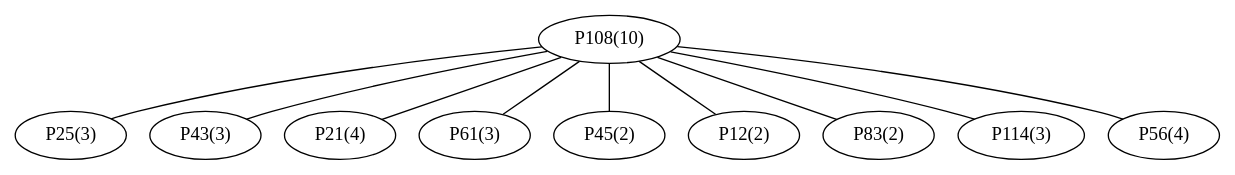
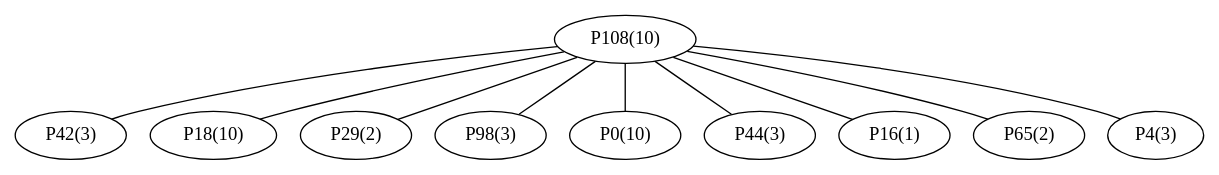
The diagram in files/P108/graph_P108.dot (afkpost/P2PN_2014), drawn with Graphviz before and after one commit. The commit also changed 110 other files, not shown here.

```diff
--- a/files/P108/graph_P108.dot
+++ b/files/P108/graph_P108.dot
@@ -1,21 +1,21 @@
 graph network {
 	"P108(10)";
-	"P25(3)";
-	"P43(3)";
-	"P21(4)";
-	"P61(3)";
-	"P45(2)";
-	"P12(2)";
-	"P83(2)";
-	"P114(3)";
-	"P56(4)";
-	"P108(10)" -- "P25(3)";
-	"P108(10)" -- "P43(3)";
-	"P108(10)" -- "P21(4)";
-	"P108(10)" -- "P61(3)";
-	"P108(10)" -- "P45(2)";
-	"P108(10)" -- "P12(2)";
-	"P108(10)" -- "P83(2)";
-	"P108(10)" -- "P114(3)";
-	"P108(10)" -- "P56(4)";
+	"P42(3)";
+	"P18(10)";
+	"P29(2)";
+	"P98(3)";
+	"P0(10)";
+	"P44(3)";
+	"P16(1)";
+	"P65(2)";
+	"P4(3)";
+	"P108(10)" -- "P42(3)";
+	"P108(10)" -- "P18(10)";
+	"P108(10)" -- "P29(2)";
+	"P108(10)" -- "P98(3)";
+	"P108(10)" -- "P0(10)";
+	"P108(10)" -- "P44(3)";
+	"P108(10)" -- "P16(1)";
+	"P108(10)" -- "P65(2)";
+	"P108(10)" -- "P4(3)";
 }
```
